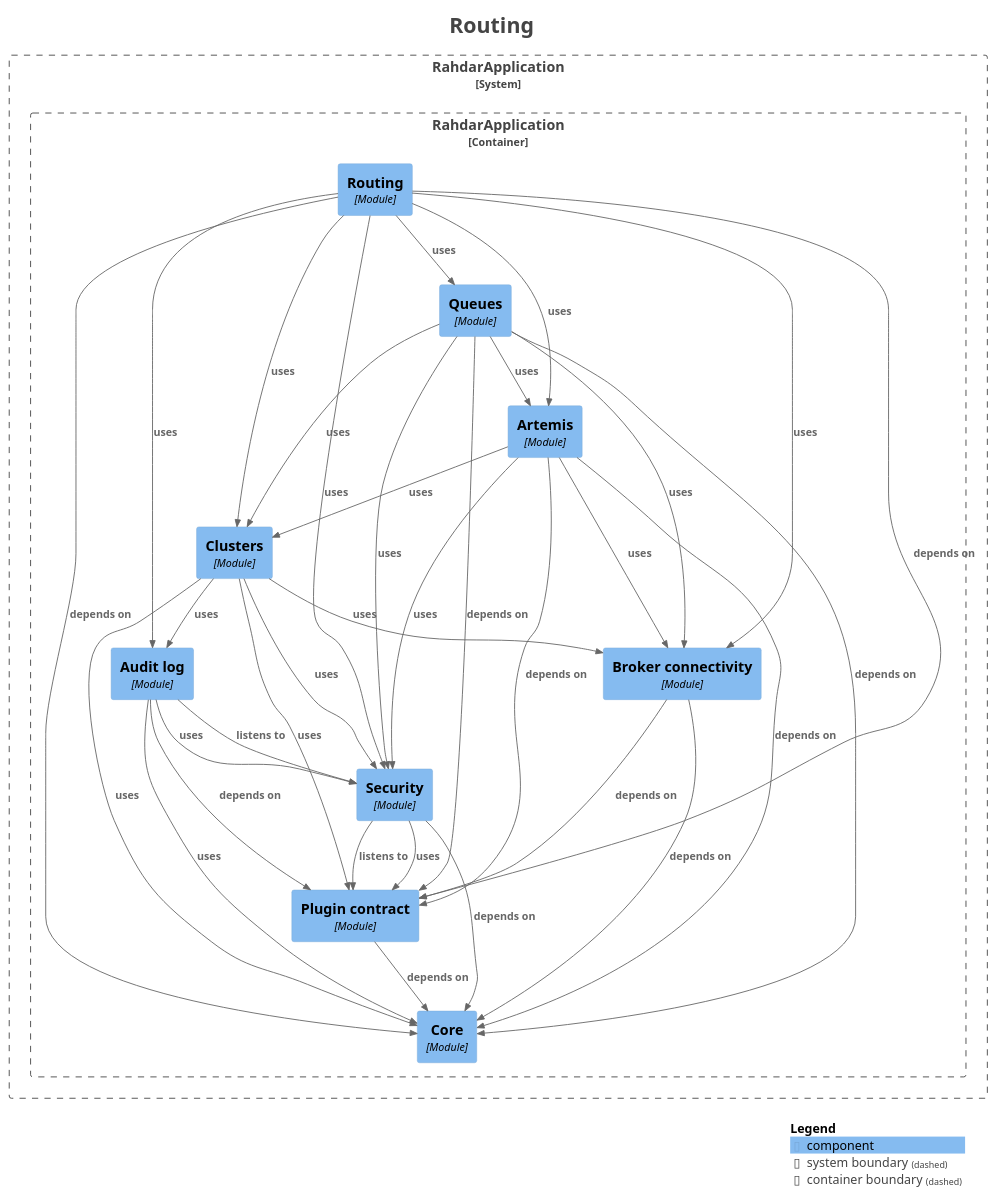
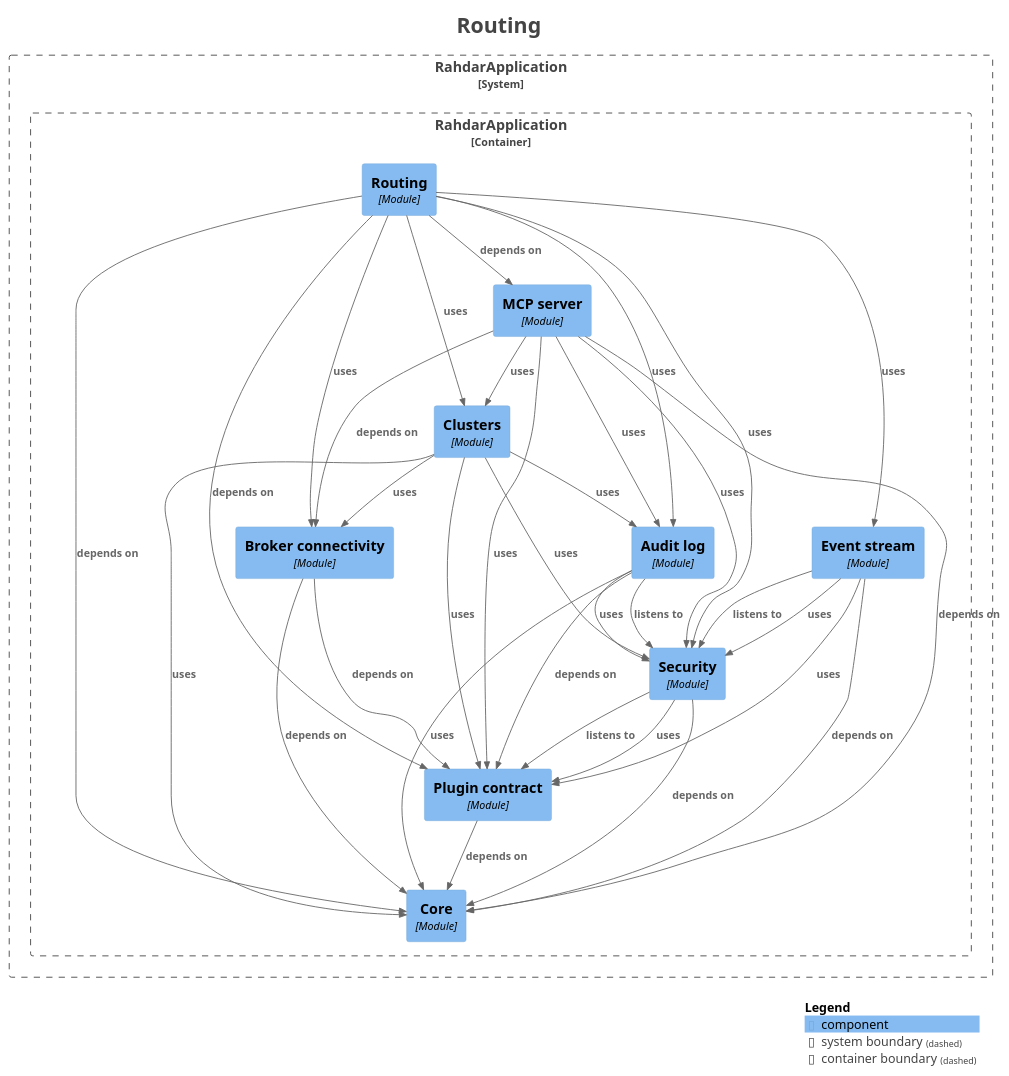
One commit to sudoitir/rahdar changed the diagram in docs/modules/module-feature.routing.puml. Above: the diagram before and after it, drawn with PlantUML. The commit also changed 130 other files, not shown here.

```diff
--- a/docs/modules/module-feature.routing.puml
+++ b/docs/modules/module-feature.routing.puml
@@ -1,70 +1,69 @@
 @startuml
 title <size:24>Routing</size>
 
 set separator none
 top to bottom direction
 
 <style>
   root {
     BackgroundColor: #ffffff
     FontColor: #444444
   }
 </style>
 
 !include <C4/C4>
 !include <C4/C4_Context>
 !include <C4/C4_Component>
 
 System_Boundary("RahdarApplication_boundary", "RahdarApplication", $tags="") {
   Container_Boundary("RahdarApplication.RahdarApplication_boundary", "RahdarApplication", $tags="") {
-    Component(RahdarApplication.RahdarApplication.Artemis, "Artemis", $techn="Module", $descr="", $tags="", $link="")
     Component(RahdarApplication.RahdarApplication.Auditlog, "Audit log", $techn="Module", $descr="", $tags="", $link="")
     Component(RahdarApplication.RahdarApplication.Brokerconnectivity, "Broker connectivity", $techn="Module", $descr="", $tags="", $link="")
     Component(RahdarApplication.RahdarApplication.Clusters, "Clusters", $techn="Module", $descr="", $tags="", $link="")
     Component(RahdarApplication.RahdarApplication.Core, "Core", $techn="Module", $descr="", $tags="", $link="")
+    Component(RahdarApplication.RahdarApplication.Eventstream, "Event stream", $techn="Module", $descr="", $tags="", $link="")
+    Component(RahdarApplication.RahdarApplication.MCPserver, "MCP server", $techn="Module", $descr="", $tags="", $link="")
     Component(RahdarApplication.RahdarApplication.Plugincontract, "Plugin contract", $techn="Module", $descr="", $tags="", $link="")
-    Component(RahdarApplication.RahdarApplication.Queues, "Queues", $techn="Module", $descr="", $tags="", $link="")
     Component(RahdarApplication.RahdarApplication.Routing, "Routing", $techn="Module", $descr="", $tags="", $link="")
     Component(RahdarApplication.RahdarApplication.Security, "Security", $techn="Module", $descr="", $tags="", $link="")
   }
 
 }
 
-Rel(RahdarApplication.RahdarApplication.Artemis, RahdarApplication.RahdarApplication.Brokerconnectivity, "uses", $techn="", $tags="", $link="")
-Rel(RahdarApplication.RahdarApplication.Artemis, RahdarApplication.RahdarApplication.Clusters, "uses", $techn="", $tags="", $link="")
-Rel(RahdarApplication.RahdarApplication.Artemis, RahdarApplication.RahdarApplication.Core, "depends on", $techn="", $tags="", $link="")
-Rel(RahdarApplication.RahdarApplication.Artemis, RahdarApplication.RahdarApplication.Plugincontract, "depends on", $techn="", $tags="", $link="")
-Rel(RahdarApplication.RahdarApplication.Artemis, RahdarApplication.RahdarApplication.Security, "uses", $techn="", $tags="", $link="")
 Rel(RahdarApplication.RahdarApplication.Auditlog, RahdarApplication.RahdarApplication.Core, "uses", $techn="", $tags="", $link="")
 Rel(RahdarApplication.RahdarApplication.Auditlog, RahdarApplication.RahdarApplication.Plugincontract, "depends on", $techn="", $tags="", $link="")
 Rel(RahdarApplication.RahdarApplication.Auditlog, RahdarApplication.RahdarApplication.Security, "listens to", $techn="", $tags="", $link="")
 Rel(RahdarApplication.RahdarApplication.Auditlog, RahdarApplication.RahdarApplication.Security, "uses", $techn="", $tags="", $link="")
 Rel(RahdarApplication.RahdarApplication.Brokerconnectivity, RahdarApplication.RahdarApplication.Core, "depends on", $techn="", $tags="", $link="")
 Rel(RahdarApplication.RahdarApplication.Brokerconnectivity, RahdarApplication.RahdarApplication.Plugincontract, "depends on", $techn="", $tags="", $link="")
 Rel(RahdarApplication.RahdarApplication.Clusters, RahdarApplication.RahdarApplication.Auditlog, "uses", $techn="", $tags="", $link="")
 Rel(RahdarApplication.RahdarApplication.Clusters, RahdarApplication.RahdarApplication.Brokerconnectivity, "uses", $techn="", $tags="", $link="")
 Rel(RahdarApplication.RahdarApplication.Clusters, RahdarApplication.RahdarApplication.Core, "uses", $techn="", $tags="", $link="")
 Rel(RahdarApplication.RahdarApplication.Clusters, RahdarApplication.RahdarApplication.Plugincontract, "uses", $techn="", $tags="", $link="")
 Rel(RahdarApplication.RahdarApplication.Clusters, RahdarApplication.RahdarApplication.Security, "uses", $techn="", $tags="", $link="")
+Rel(RahdarApplication.RahdarApplication.Eventstream, RahdarApplication.RahdarApplication.Core, "depends on", $techn="", $tags="", $link="")
+Rel(RahdarApplication.RahdarApplication.Eventstream, RahdarApplication.RahdarApplication.Plugincontract, "uses", $techn="", $tags="", $link="")
+Rel(RahdarApplication.RahdarApplication.Eventstream, RahdarApplication.RahdarApplication.Security, "listens to", $techn="", $tags="", $link="")
+Rel(RahdarApplication.RahdarApplication.Eventstream, RahdarApplication.RahdarApplication.Security, "uses", $techn="", $tags="", $link="")
+Rel(RahdarApplication.RahdarApplication.MCPserver, RahdarApplication.RahdarApplication.Auditlog, "uses", $techn="", $tags="", $link="")
+Rel(RahdarApplication.RahdarApplication.MCPserver, RahdarApplication.RahdarApplication.Brokerconnectivity, "depends on", $techn="", $tags="", $link="")
+Rel(RahdarApplication.RahdarApplication.MCPserver, RahdarApplication.RahdarApplication.Clusters, "uses", $techn="", $tags="", $link="")
+Rel(RahdarApplication.RahdarApplication.MCPserver, RahdarApplication.RahdarApplication.Core, "depends on", $techn="", $tags="", $link="")
+Rel(RahdarApplication.RahdarApplication.MCPserver, RahdarApplication.RahdarApplication.Plugincontract, "uses", $techn="", $tags="", $link="")
+Rel(RahdarApplication.RahdarApplication.MCPserver, RahdarApplication.RahdarApplication.Security, "uses", $techn="", $tags="", $link="")
 Rel(RahdarApplication.RahdarApplication.Plugincontract, RahdarApplication.RahdarApplication.Core, "depends on", $techn="", $tags="", $link="")
-Rel(RahdarApplication.RahdarApplication.Queues, RahdarApplication.RahdarApplication.Artemis, "uses", $techn="", $tags="", $link="")
-Rel(RahdarApplication.RahdarApplication.Queues, RahdarApplication.RahdarApplication.Brokerconnectivity, "uses", $techn="", $tags="", $link="")
-Rel(RahdarApplication.RahdarApplication.Queues, RahdarApplication.RahdarApplication.Clusters, "uses", $techn="", $tags="", $link="")
-Rel(RahdarApplication.RahdarApplication.Queues, RahdarApplication.RahdarApplication.Core, "depends on", $techn="", $tags="", $link="")
-Rel(RahdarApplication.RahdarApplication.Queues, RahdarApplication.RahdarApplication.Plugincontract, "depends on", $techn="", $tags="", $link="")
-Rel(RahdarApplication.RahdarApplication.Queues, RahdarApplication.RahdarApplication.Security, "uses", $techn="", $tags="", $link="")
-Rel(RahdarApplication.RahdarApplication.Routing, RahdarApplication.RahdarApplication.Artemis, "uses", $techn="", $tags="", $link="")
 Rel(RahdarApplication.RahdarApplication.Routing, RahdarApplication.RahdarApplication.Auditlog, "uses", $techn="", $tags="", $link="")
 Rel(RahdarApplication.RahdarApplication.Routing, RahdarApplication.RahdarApplication.Brokerconnectivity, "uses", $techn="", $tags="", $link="")
 Rel(RahdarApplication.RahdarApplication.Routing, RahdarApplication.RahdarApplication.Clusters, "uses", $techn="", $tags="", $link="")
 Rel(RahdarApplication.RahdarApplication.Routing, RahdarApplication.RahdarApplication.Core, "depends on", $techn="", $tags="", $link="")
+Rel(RahdarApplication.RahdarApplication.Routing, RahdarApplication.RahdarApplication.Eventstream, "uses", $techn="", $tags="", $link="")
+Rel(RahdarApplication.RahdarApplication.Routing, RahdarApplication.RahdarApplication.MCPserver, "depends on", $techn="", $tags="", $link="")
 Rel(RahdarApplication.RahdarApplication.Routing, RahdarApplication.RahdarApplication.Plugincontract, "depends on", $techn="", $tags="", $link="")
-Rel(RahdarApplication.RahdarApplication.Routing, RahdarApplication.RahdarApplication.Queues, "uses", $techn="", $tags="", $link="")
 Rel(RahdarApplication.RahdarApplication.Routing, RahdarApplication.RahdarApplication.Security, "uses", $techn="", $tags="", $link="")
 Rel(RahdarApplication.RahdarApplication.Security, RahdarApplication.RahdarApplication.Core, "depends on", $techn="", $tags="", $link="")
 Rel(RahdarApplication.RahdarApplication.Security, RahdarApplication.RahdarApplication.Plugincontract, "listens to", $techn="", $tags="", $link="")
 Rel(RahdarApplication.RahdarApplication.Security, RahdarApplication.RahdarApplication.Plugincontract, "uses", $techn="", $tags="", $link="")
 
 SHOW_LEGEND(true)
 hide stereotypes
 @enduml
```
